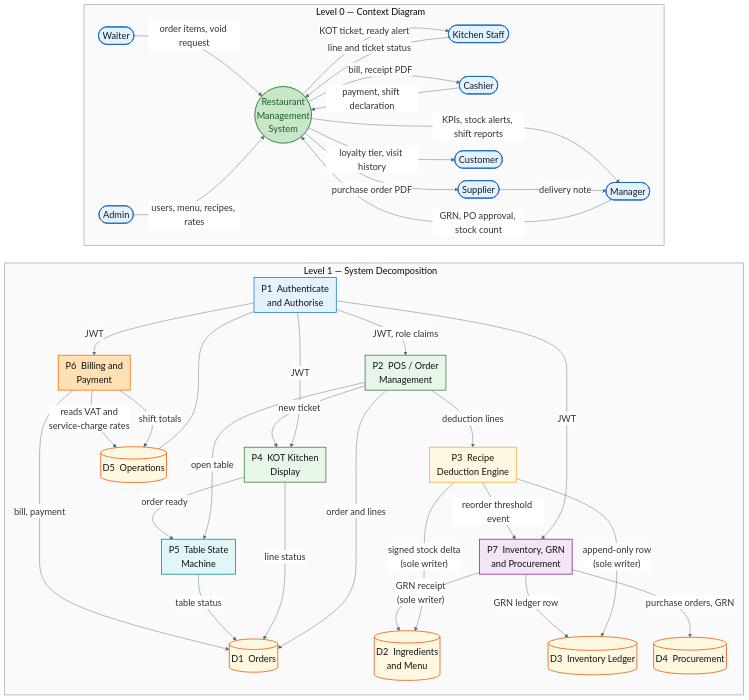
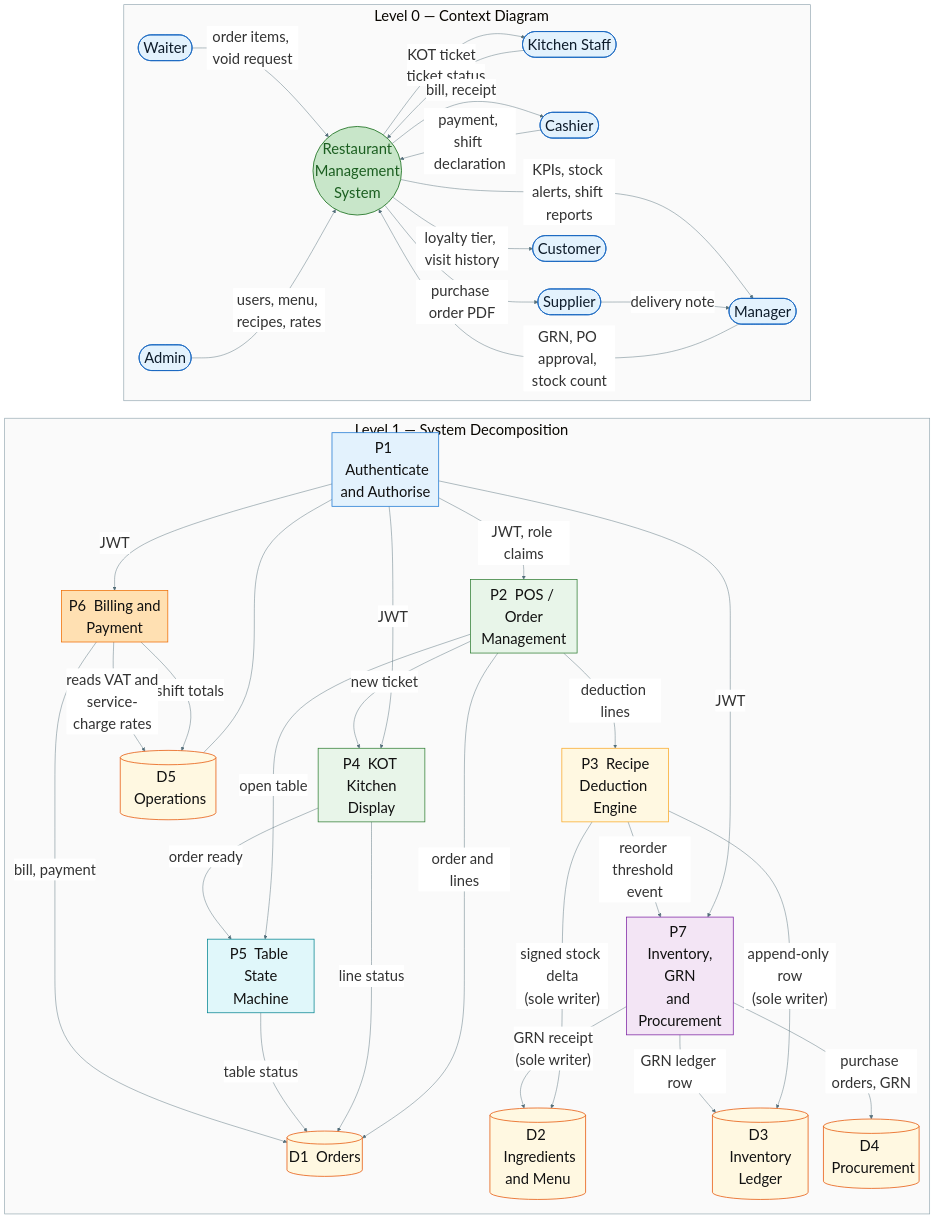
One commit to Buddhimal-Ramanayaka/restaurant-management-system changed the diagram in diagrams-source/fig3_6_dfd.mmd. Above: the diagram before and after it, drawn with Mermaid. The commit also changed 4 other files, not shown here.

```diff
--- a/diagrams-source/fig3_6_dfd.mmd
+++ b/diagrams-source/fig3_6_dfd.mmd
@@ -1,83 +1,83 @@
-%%{init: {'theme':'base','themeVariables':{'fontFamily':'Arial, Helvetica, sans-serif','fontSize':'20px','lineColor':'#546E7A','edgeLabelBackground':'#FFFFFF'},'flowchart':{'nodeSpacing':26,'rankSpacing':38,'curve':'basis','padding':8}}}%%
+%%{init: {'theme':'base','themeVariables':{'fontFamily':'Arial, Helvetica, sans-serif','fontSize':'32px','lineColor':'#546E7A','edgeLabelBackground':'#FFFFFF'},'flowchart':{'nodeSpacing':26,'rankSpacing':38,'curve':'basis','padding':8}}}%%
 flowchart TB
 
 subgraph L0["Level 0 — Context Diagram&nbsp;&nbsp;&nbsp;"]
   direction LR
   W0([Waiter]) -->|"order items, void request"| SYS(("Restaurant<br/>Management<br/>System"))
-  K0([Kitchen Staff]) -->|"line and ticket status"| SYS
+  K0([Kitchen Staff]) -->|"ticket status"| SYS
   C0([Cashier]) -->|"payment, shift declaration"| SYS
   M0([Manager]) -->|"GRN, PO approval, stock count"| SYS
   A0([Admin]) -->|"users, menu, recipes, rates"| SYS
-  SYS -->|"KOT ticket, ready alert"| K0
-  SYS -->|"bill, receipt PDF"| C0
+  SYS -->|"KOT ticket"| K0
+  SYS -->|"bill, receipt"| C0
   SYS -->|"KPIs, stock alerts, shift reports"| M0
   SYS -->|"purchase order PDF"| S0([Supplier])
   S0 -->|"delivery note"| M0
   SYS -->|"loyalty tier, visit history"| CU0([Customer])
 end
 
 subgraph L1["Level 1 — System Decomposition&nbsp;&nbsp;&nbsp;"]
   direction TB
 
   P1["P1 &nbsp;Authenticate<br/>and Authorise"]
   P2["P2 &nbsp;POS / Order<br/>Management"]
   P3["P3 &nbsp;Recipe<br/>Deduction Engine"]
   P4["P4 &nbsp;KOT Kitchen<br/>Display"]
   P5["P5 &nbsp;Table State<br/>Machine"]
   P6["P6 &nbsp;Billing and<br/>Payment"]
   P7["P7 &nbsp;Inventory, GRN<br/>and Procurement"]
 
   D1[("D1 &nbsp;Orders")]
   D2[("D2 &nbsp;Ingredients<br/>and Menu")]
   D3[("D3 &nbsp;Inventory Ledger")]
   D4[("D4 &nbsp;Procurement")]
   D5[("D5 &nbsp;Operations")]
 
   P1 -->|"JWT, role claims"| P2
   P1 -->|JWT| P4
   P1 -->|JWT| P6
   P1 -->|JWT| P7
   P1 --- D5
 
   P2 -->|"deduction lines"| P3
   P2 -->|"order and lines"| D1
   P2 -->|"open table"| P5
   P2 -->|"new ticket"| P4
 
   P3 -->|"signed stock delta<br/>(sole writer)"| D2
   P3 -->|"append-only row<br/>(sole writer)"| D3
   P3 -->|"reorder threshold event"| P7
 
   P4 -->|"line status"| D1
   P4 -->|"order ready"| P5
   P5 -->|"table status"| D1
 
   P6 -->|"bill, payment"| D1
   P6 -->|"shift totals"| D5
   P6 -->|"reads VAT and<br/>service-charge rates"| D5
 
   P7 -->|"purchase orders, GRN"| D4
   P7 -->|"GRN receipt<br/>(sole writer)"| D2
   P7 -->|"GRN ledger row"| D3
 end
 
 L0 ~~~ L1
 
 classDef ext  fill:#E3F2FD,stroke:#1565C0,stroke-width:1.6px,color:#0d1b2a
 classDef sys  fill:#C8E6C9,stroke:#2E7D32,stroke-width:2px,color:#1b5e20
 classDef proc fill:#E8F5E9,stroke:#2E7D32,stroke-width:1.6px,color:#111
 classDef store fill:#FFF8E1,stroke:#E65100,stroke-width:1.6px,color:#111
 
 class W0,K0,C0,M0,A0,S0,CU0 ext
 class SYS sys
 class P1,P2,P3,P4,P5,P6,P7 proc
 class D1,D2,D3,D4,D5 store
 
 style L0 fill:#FAFAFA,stroke:#90A4AE,stroke-width:1.4px
 style L1 fill:#FAFAFA,stroke:#90A4AE,stroke-width:1.4px
 
 style P1 fill:#E3F2FD,stroke:#1976D2
 style P3 fill:#FFF8E1,stroke:#F9A825
 style P5 fill:#E0F7FA,stroke:#00838F
 style P6 fill:#FFE0B2,stroke:#EF6C00
 style P7 fill:#F3E5F5,stroke:#7B1FA2
```
